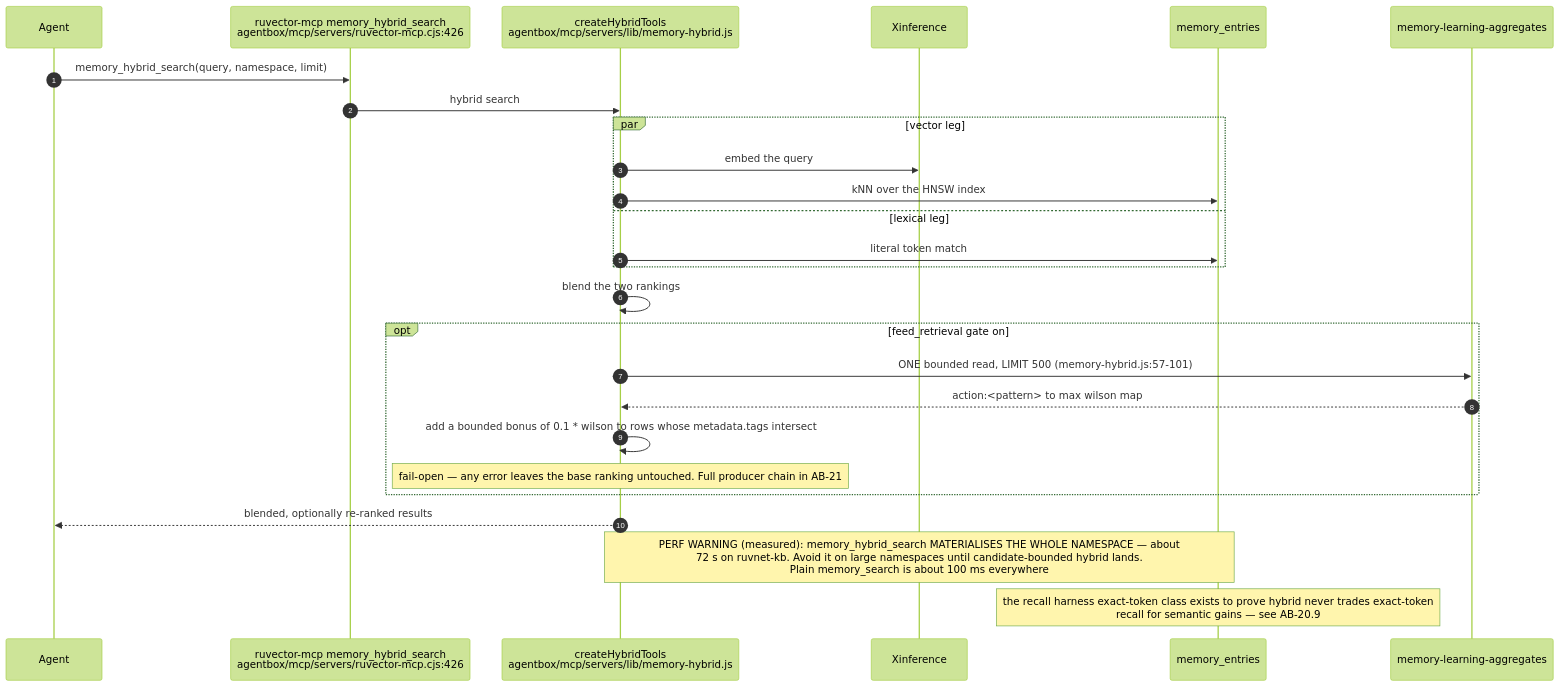
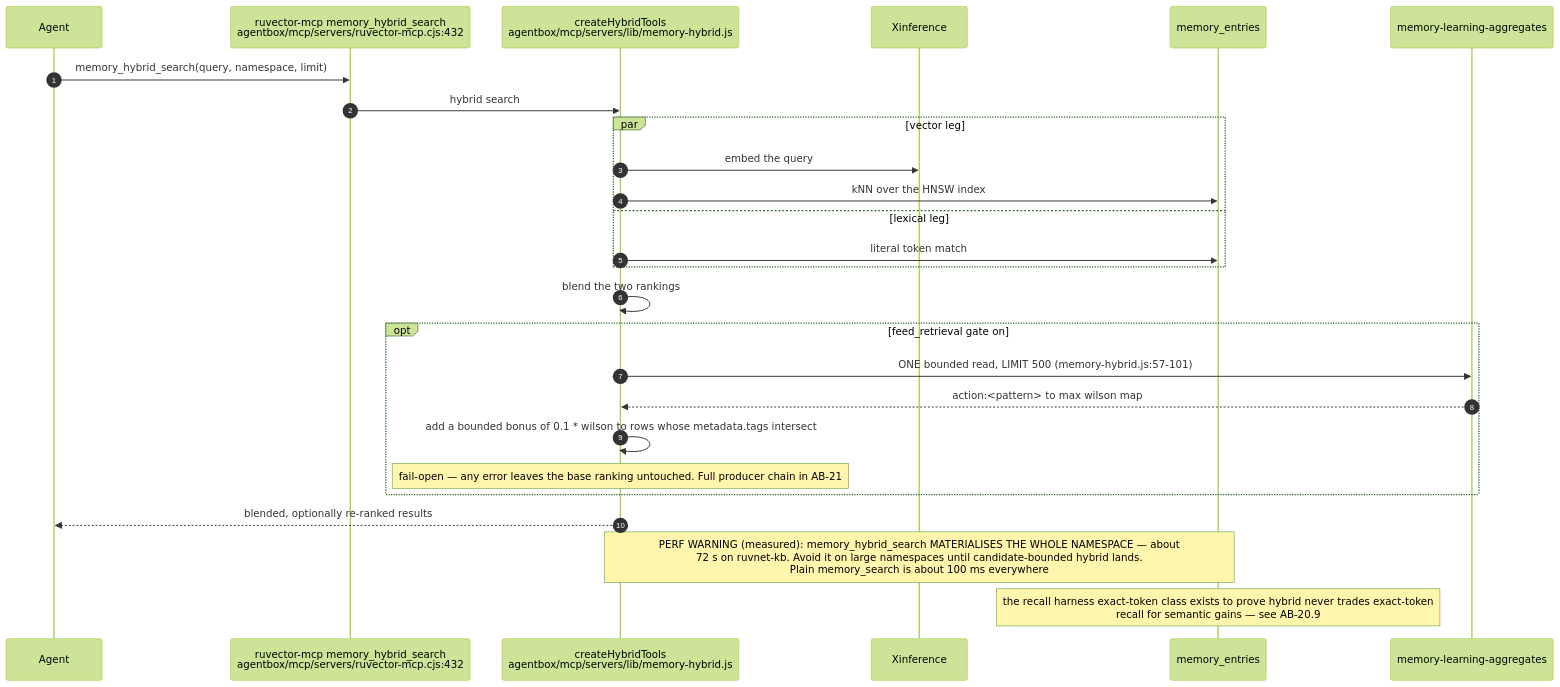
Before and after one commit to DreamLab-AI/VisionFlow: the fifth of 13 diagrams in docs/diagrams/agentbox/20-ruvector-memory-path.md, drawn with Mermaid (forest theme). The commit also changed other lines of this file and 28 other files, not shown here.

````diff
--- a/docs/diagrams/agentbox/20-ruvector-memory-path.md
+++ b/docs/diagrams/agentbox/20-ruvector-memory-path.md
@@ -183,29 +187,29 @@
 ```mermaid
 sequenceDiagram
     autonumber
     participant AG as Agent
-    participant SRV as ruvector-mcp memory_hybrid_search<br/>agentbox/mcp/servers/ruvector-mcp.cjs:426
+    participant SRV as ruvector-mcp memory_hybrid_search<br/>agentbox/mcp/servers/ruvector-mcp.cjs:432
     participant HY as createHybridTools<br/>agentbox/mcp/servers/lib/memory-hybrid.js
     participant XI as Xinference
     participant PG as memory_entries
     participant AGG as memory-learning-aggregates
 
     AG->>SRV: memory_hybrid_search(query, namespace, limit)
     SRV->>HY: hybrid search
     par vector leg
         HY->>XI: embed the query
         HY->>PG: kNN over the HNSW index
     and lexical leg
         HY->>PG: literal token match
     end
     HY->>HY: blend the two rankings
     opt feed_retrieval gate on
         HY->>AGG: ONE bounded read, LIMIT 500 (memory-hybrid.js:57-101)
         AGG-->>HY: action:<pattern> to max wilson map
         HY->>HY: add a bounded bonus of 0.1 * wilson to rows whose metadata.tags intersect
         Note over HY: fail-open — any error leaves the base ranking untouched. Full producer chain in AB-21
     end
     HY-->>AG: blended, optionally re-ranked results
     Note over HY,PG: PERF WARNING (measured): memory_hybrid_search MATERIALISES THE WHOLE NAMESPACE — about<br/>72 s on ruvnet-kb. Avoid it on large namespaces until candidate-bounded hybrid lands.<br/>Plain memory_search is about 100 ms everywhere
     Note over PG: the recall harness exact-token class exists to prove hybrid never trades exact-token<br/>recall for semantic gains — see AB-20.9
 ```
````
